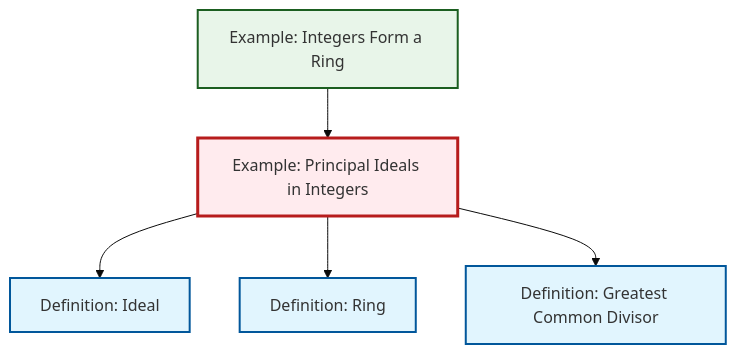
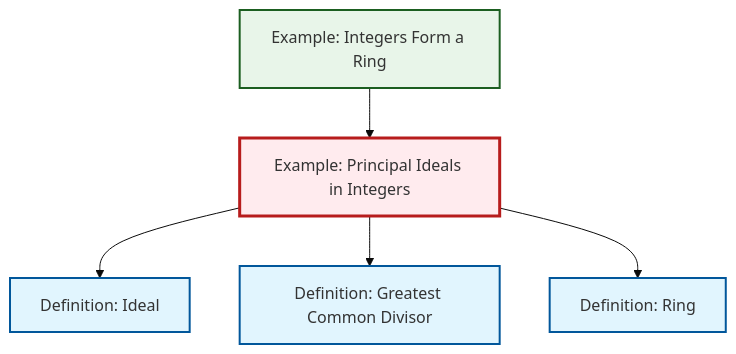
The diagram in content/en/algebra/ex-principal-ideal.qmd (RK0429/ModernMath), drawn with Mermaid (base theme) before and after one commit. The commit also changed other lines of this file and 360 other files, not shown here.

````diff
--- a/content/en/algebra/ex-principal-ideal.qmd
+++ b/content/en/algebra/ex-principal-ideal.qmd
@@ -63,23 +63,23 @@
 ```{mermaid}
 %%| fig-cap: "Local dependency graph"
 graph TD
     classDef definition fill:#e1f5fe,stroke:#01579b,stroke-width:2px
     classDef theorem fill:#f3e5f5,stroke:#4a148c,stroke-width:2px
     classDef axiom fill:#fff3e0,stroke:#e65100,stroke-width:2px
     classDef example fill:#e8f5e9,stroke:#1b5e20,stroke-width:2px
     classDef current fill:#ffebee,stroke:#b71c1c,stroke-width:3px
-    def-gcd["Definition: Greatest Common Divisor"]:::definition
     ex-principal-ideal["Example: Principal Ideals in Integers"]:::example
     def-ideal["Definition: Ideal"]:::definition
     def-ring["Definition: Ring"]:::definition
+    def-gcd["Definition: Greatest Common Divisor"]:::definition
     ex-integers-ring["Example: Integers Form a Ring"]:::example
+    ex-integers-ring --> ex-principal-ideal
     ex-principal-ideal --> def-ideal
+    ex-principal-ideal --> def-gcd
     ex-principal-ideal --> def-ring
-    ex-integers-ring --> ex-principal-ideal
-    ex-principal-ideal --> def-gcd
     class ex-principal-ideal current
-    click def-gcd "def-gcd.html" "Go to Greatest Common Divisor definition"
     click def-ideal "def-ideal.html" "Go to Ideal definition"
     click def-ring "def-ring.html" "Go to Ring definition"
+    click def-gcd "def-gcd.html" "Go to Greatest Common Divisor definition"
     click ex-integers-ring "ex-integers-ring.html" "Go to Integers Form a Ring example"
 ```
````
